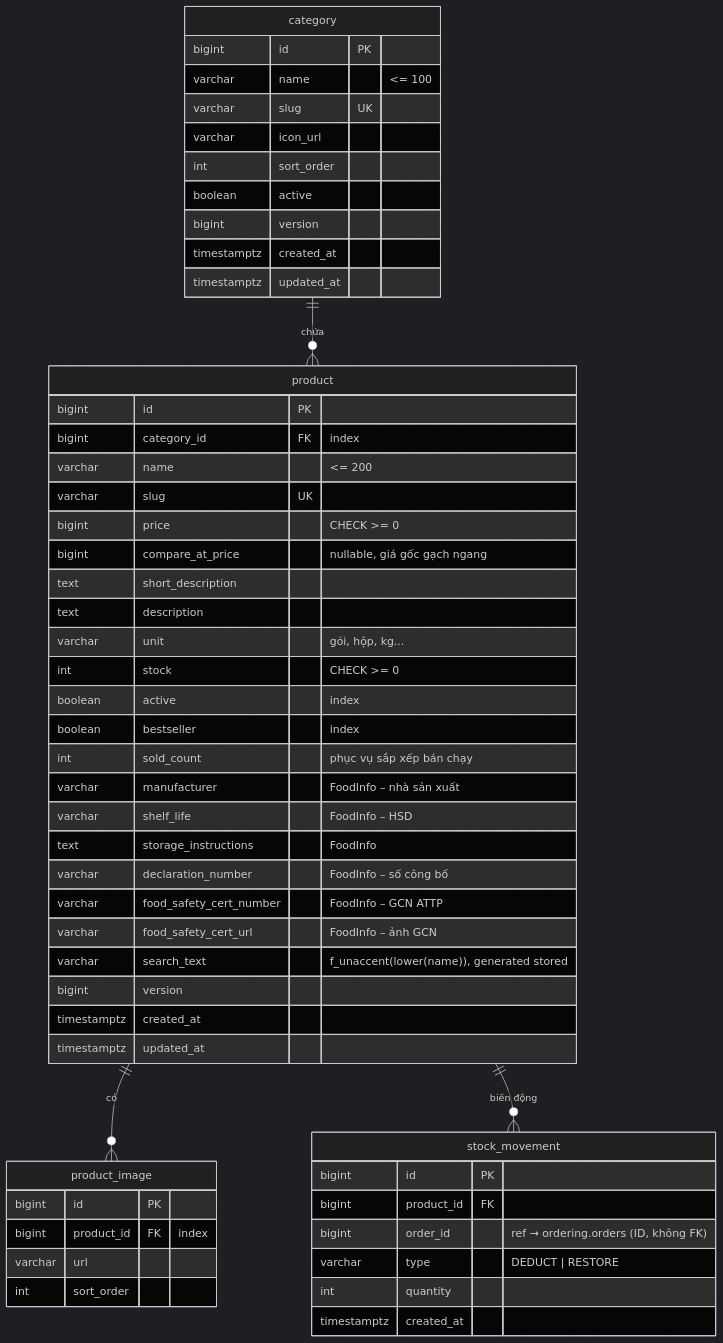
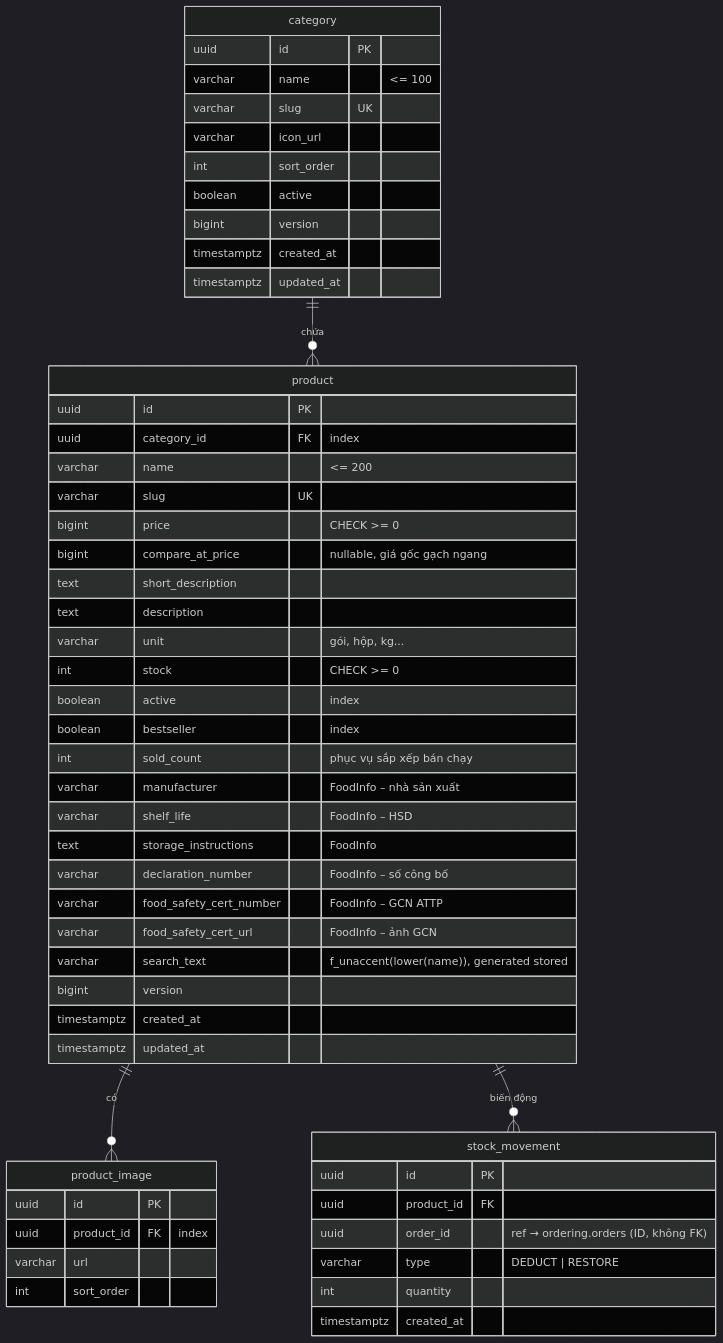
One commit to Vietnguyen203/Hwingroupweb changed the second of 6 diagrams in docs/02-erd.md. Above: the diagram before and after it, drawn with Mermaid (dark theme). The commit also changed other lines of this file and 93 other files, not shown here.

First line of the commit message:
refactor: khóa chính chuyển từ bigint sang UUID v7

````diff
--- a/docs/02-erd.md
+++ b/docs/02-erd.md
@@ -88,60 +88,60 @@
 ```mermaid
 erDiagram
     category ||--o{ product : "chứa"
     product ||--o{ product_image : "có"
     product ||--o{ stock_movement : "biến động"
 
     category {
-        bigint id PK
+        uuid id PK
         varchar name "<= 100"
         varchar slug UK
         varchar icon_url
         int sort_order
         boolean active
         bigint version
         timestamptz created_at
         timestamptz updated_at
     }
 
     product {
-        bigint id PK
-        bigint category_id FK "index"
+        uuid id PK
+        uuid category_id FK "index"
         varchar name "<= 200"
         varchar slug UK
         bigint price "CHECK >= 0"
         bigint compare_at_price "nullable, giá gốc gạch ngang"
         text short_description
         text description
         varchar unit "gói, hộp, kg..."
         int stock "CHECK >= 0"
         boolean active "index"
         boolean bestseller "index"
         int sold_count "phục vụ sắp xếp bán chạy"
         varchar manufacturer "FoodInfo – nhà sản xuất"
         varchar shelf_life "FoodInfo – HSD"
         text storage_instructions "FoodInfo"
         varchar declaration_number "FoodInfo – số công bố"
         varchar food_safety_cert_number "FoodInfo – GCN ATTP"
         varchar food_safety_cert_url "FoodInfo – ảnh GCN"
         varchar search_text "f_unaccent(lower(name)), generated stored"
         bigint version
         timestamptz created_at
         timestamptz updated_at
     }
 
     product_image {
-        bigint id PK
-        bigint product_id FK "index"
+        uuid id PK
+        uuid product_id FK "index"
         varchar url
         int sort_order
     }
 
     stock_movement {
-        bigint id PK
-        bigint product_id FK
-        bigint order_id "ref → ordering.orders (ID, không FK)"
+        uuid id PK
+        uuid product_id FK
+        uuid order_id "ref → ordering.orders (ID, không FK)"
         varchar type "DEDUCT | RESTORE"
         int quantity
         timestamptz created_at
     }
 ```
````
